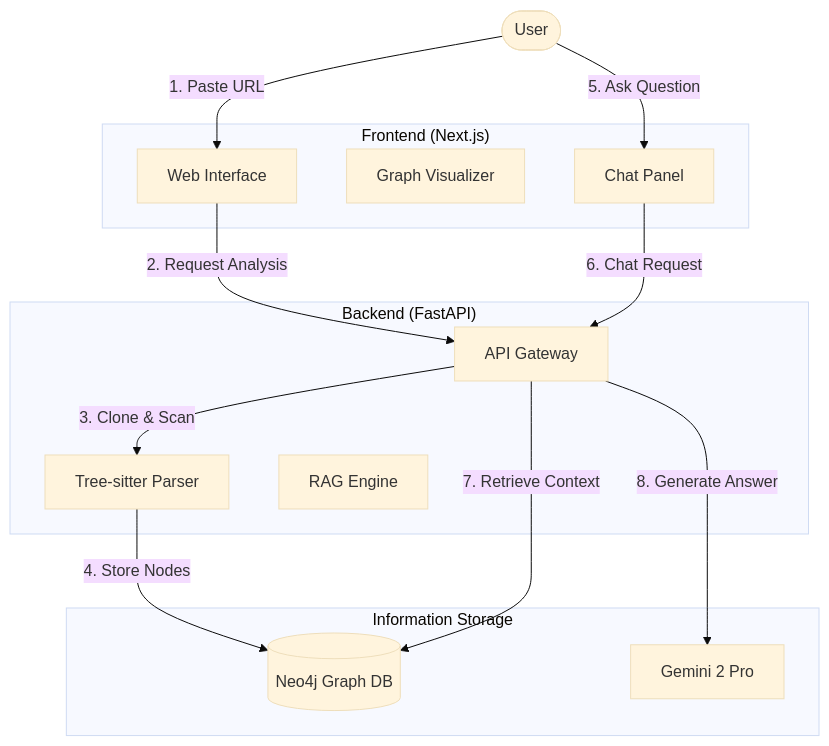
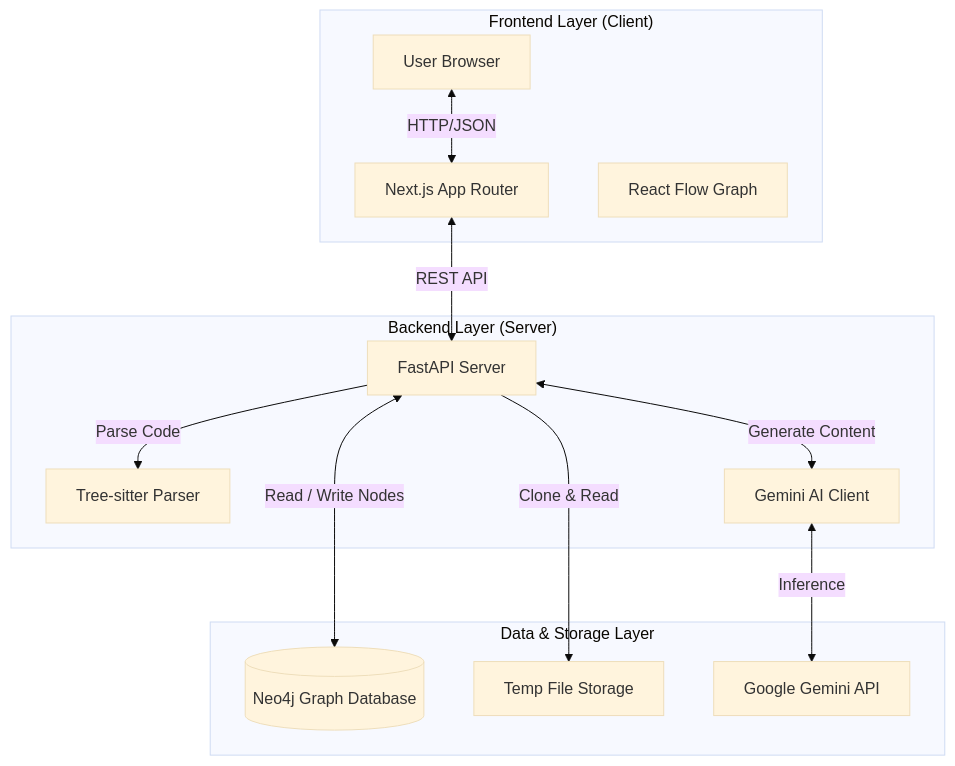
The first of 7 diagrams in PROJECT_DEEP_DIVE.md (Ramakrishna1967/CodeViz), drawn with Mermaid (base theme) before and after one commit. The commit also changed other lines of this file and 8 other files, not shown here.

Commit message:
Add Advanced Architecture Maps to README

````diff
--- a/PROJECT_DEEP_DIVE.md
+++ b/PROJECT_DEEP_DIVE.md
@@ -6,30 +12,29 @@
 ```mermaid
 graph TD
-    User([User])
-    subgraph "Frontend (Next.js)"
-        UI[Web Interface]
-        GraphVis[Graph Visualizer]
-        ChatUI[Chat Panel]
-    end
-    
-    subgraph "Backend (FastAPI)"
-        API[API Gateway]
-        Parser[Tree-sitter Parser]
-        RAG[RAG Engine]
-    end
-    
-    subgraph "Information Storage"
-        DB[(Neo4j Graph DB)]
-        LLM[Gemini 2 Pro]
+    subgraph "Frontend Layer (Client)"
+        Browser[User Browser]
+        NextJS[Next.js App Router]
+        ReactFlow[React Flow Graph]
     end
 
-    User -->|1. Paste URL| UI
-    UI -->|2. Request Analysis| API
-    API -->|3. Clone & Scan| Parser
-    Parser -->|4. Store Nodes| DB
+    subgraph "Backend Layer (Server)"
+        FastAPI[FastAPI Server]
+        TreeSitter[Tree-sitter Parser]
+        GeminiClient[Gemini AI Client]
+    end
+
+    subgraph "Data & Storage Layer"
+        Neo4j[(Neo4j Graph Database)]
+        FileSystem[Temp File Storage]
+        GeminiAPI[Google Gemini API]
+    end
+
+    Browser <-->|HTTP/JSON| NextJS
+    NextJS <-->|REST API| FastAPI
     
-    User -->|5. Ask Question| ChatUI
-    ChatUI -->|6. Chat Request| API
-    API -->|7. Retrieve Context| DB
-    API -->|8. Generate Answer| LLM
+    FastAPI -->|Clone & Read| FileSystem
+    FastAPI -->|Parse Code| TreeSitter
+    FastAPI <-->|Read / Write Nodes| Neo4j
+    FastAPI <-->|Generate Content| GeminiClient
+    GeminiClient <-->|Inference| GeminiAPI
 ```
````
